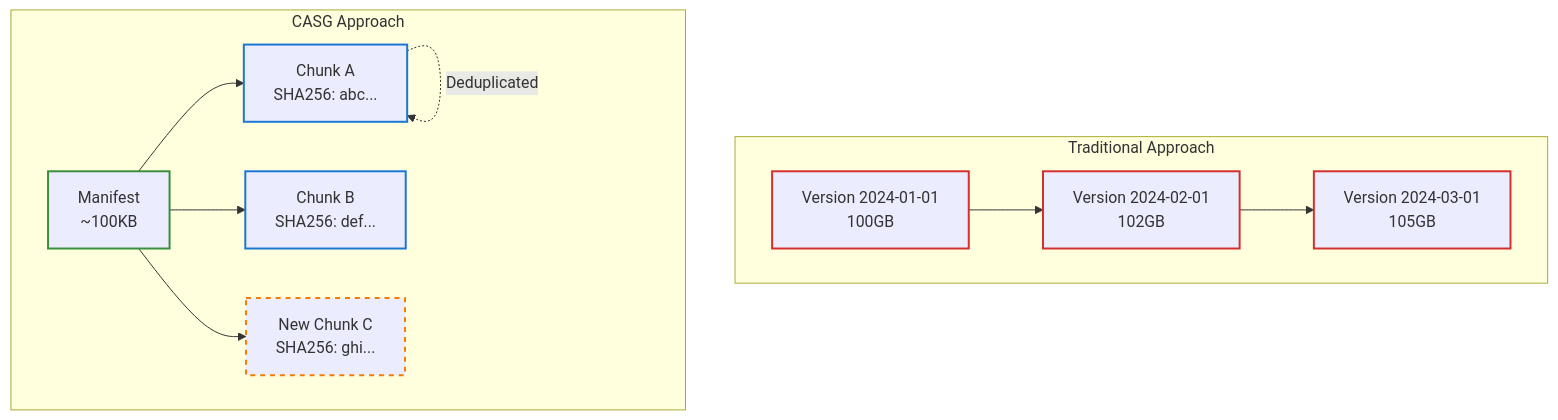
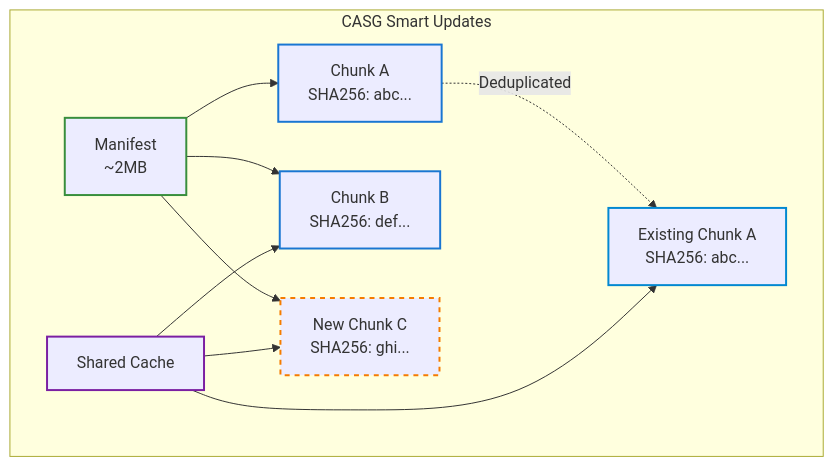
The second of 7 diagrams in docs/src/casg/overview.md (bfowle/talaria), drawn with Mermaid before and after one commit. The commit also changed other lines of this file and 168 other files, not shown here.

````diff
--- a/docs/src/casg/overview.md
+++ b/docs/src/casg/overview.md
@@ -18,29 +56,27 @@
 ```mermaid
 graph TB
-    subgraph "Traditional Approach"
-        T1[Version 2024-01-01<br/>100GB]
-        T2[Version 2024-02-01<br/>102GB]
-        T3[Version 2024-03-01<br/>105GB]
-        T1 --> T2
-        T2 --> T3
-    end
-
-    subgraph "CASG Approach"
-        M[Manifest<br/>~100KB]
+    subgraph "CASG Smart Updates"
+        M[Manifest<br/>~2MB]
         C1[Chunk A<br/>SHA256: abc...]
         C2[Chunk B<br/>SHA256: def...]
         C3[New Chunk C<br/>SHA256: ghi...]
+        C1_ref[Existing Chunk A<br/>SHA256: abc...]
+
         M --> C1
         M --> C2
         M --> C3
-        C1 -.-> |Deduplicated| C1
+        C1 -.->|Deduplicated| C1_ref
+
+        SC[Shared Cache]
+        SC --> C1_ref
+        SC --> C2
+        SC --> C3
     end
 
-    style T1 stroke:#d32f2f,stroke-width:2px
-    style T2 stroke:#d32f2f,stroke-width:2px
-    style T3 stroke:#d32f2f,stroke-width:2px
     style M stroke:#388e3c,stroke-width:2px
     style C1 stroke:#1976d2,stroke-width:2px
     style C2 stroke:#1976d2,stroke-width:2px
     style C3 stroke:#f57c00,stroke-width:2px,stroke-dasharray: 5 5
+    style C1_ref stroke:#0288d1,stroke-width:2px
+    style SC stroke:#7b1fa2,stroke-width:2px
 ```
````
